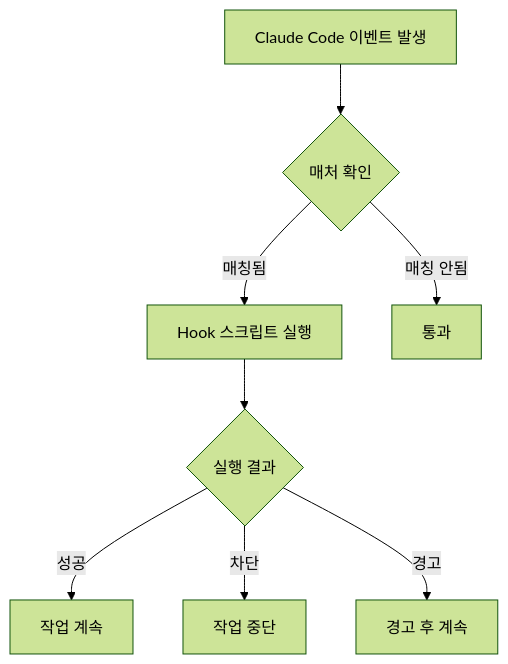
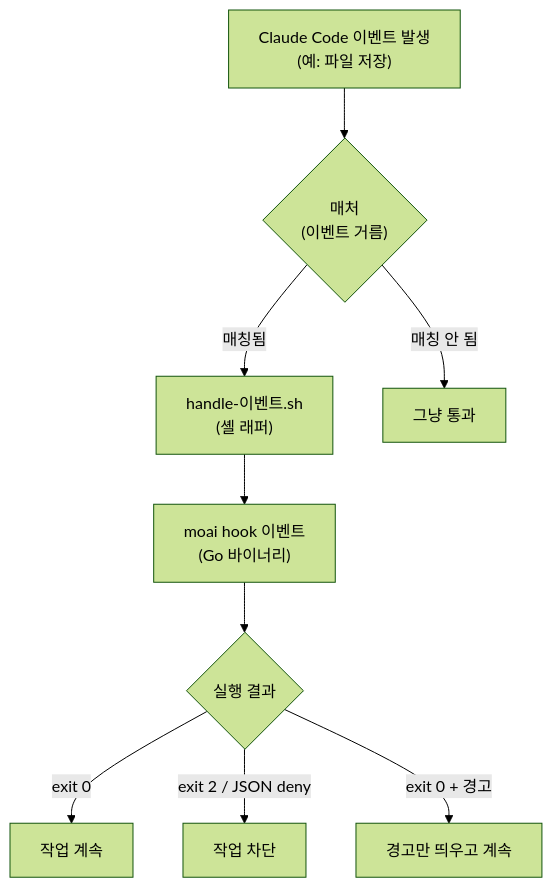
One commit to modu-ai/moai-adk changed the first of 2 diagrams in docs-site/content/ko/advanced/hooks-guide.md. Above: the diagram before and after it, drawn with Mermaid (forest theme). The commit also changed other lines of this file and 14 other files, not shown here.

````diff
--- a/docs-site/content/ko/advanced/hooks-guide.md
+++ b/docs-site/content/ko/advanced/hooks-guide.md
@@ -23,12 +25,11 @@
 ```mermaid
 flowchart TD
-    EVENT["Claude Code 이벤트 발생"] --> MATCH{매처 확인}
-
-    MATCH -->|매칭됨| HOOK["Hook 스크립트 실행"]
-    MATCH -->|매칭 안됨| SKIP["통과"]
-
-    HOOK --> RESULT{실행 결과}
-    RESULT -->|성공| CONTINUE["작업 계속"]
-    RESULT -->|차단| BLOCK["작업 중단"]
-    RESULT -->|경고| WARN["경고 후 계속"]
+    A["Claude Code 이벤트 발생<br/>(예: 파일 저장)"] --> B{"매처<br/>(이벤트 거름)"}
+    B -->|매칭됨| C["handle-이벤트.sh<br/>(셸 래퍼)"]
+    B -->|매칭 안 됨| SKIP["그냥 통과"]
+    C --> D["moai hook 이벤트<br/>(Go 바이너리)"]
+    D --> R{"실행 결과"}
+    R -->|exit 0| E["작업 계속"]
+    R -->|exit 2 / JSON deny| F["작업 차단"]
+    R -->|exit 0 + 경고| G["경고만 띄우고 계속"]
 ```
````
